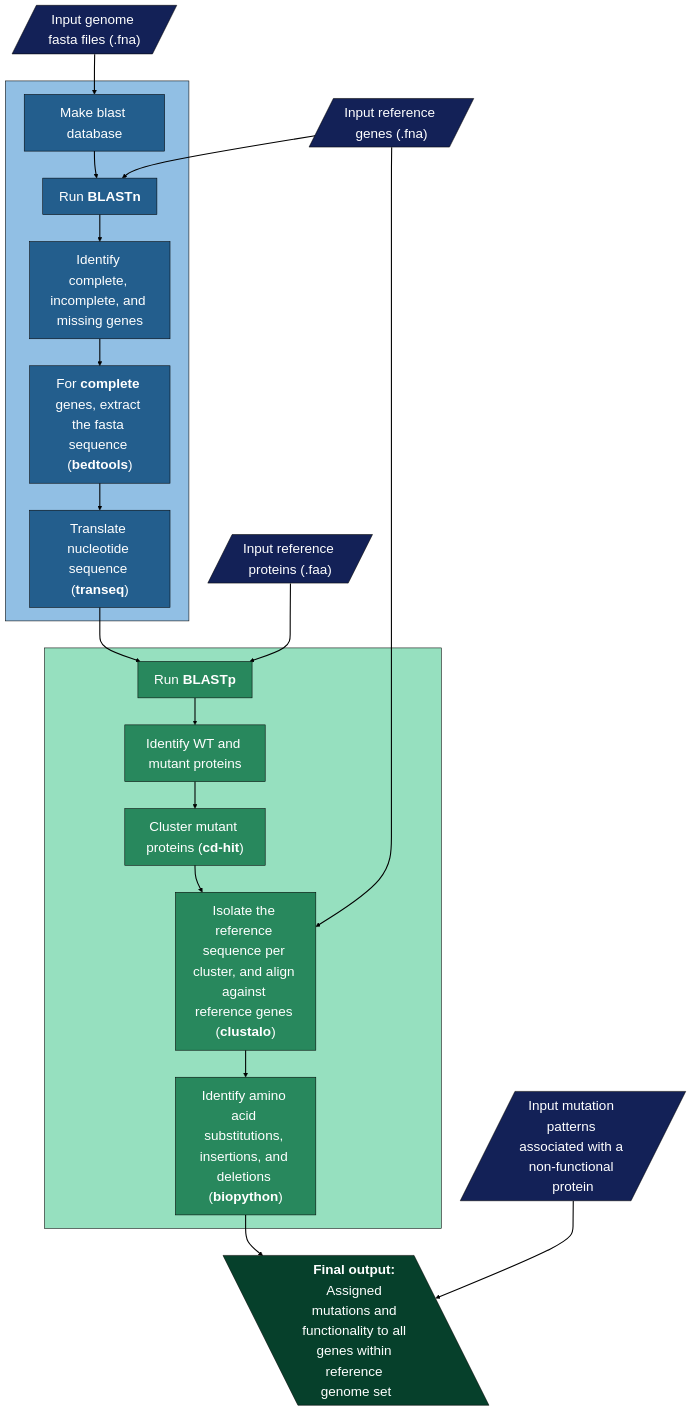
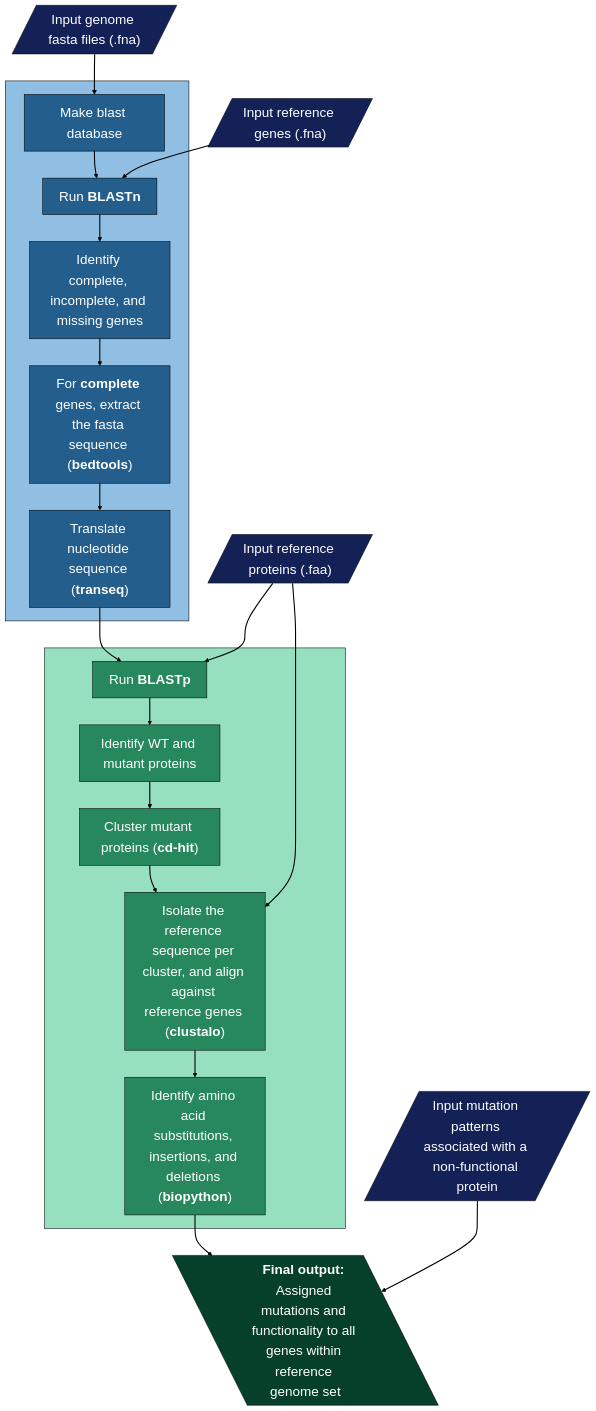
Before and after one commit to GaTechBrownLab/Mutant-Calling: the diagram in README.md, drawn with Mermaid.

````diff
--- a/README.md
+++ b/README.md
@@ -38,43 +38,43 @@
 ```mermaid
 graph TD;
     id1[/"`Input genome fasta files (.fna)`"/] ==> id1_1["`Make blast database`"];
     id3[/"`Input reference genes (.fna)`"/] ==> id2;
     subgraph nuclgraph [" "]
         id1_1 ==> id2["`Run **BLASTn**`"];
         id2 ==> id6["`Identify complete, incomplete, and missing genes`"];
         id6 ==> id7["`For **complete** genes, extract the fasta sequence (**bedtools**)`"];
         id7 ==> id8["`Translate nucleotide sequence (**transeq**)`"]; 
     end
     id4[/"`Input reference proteins (.faa)`"/] ==> id5["`Run **BLASTp**`"];
     subgraph protgraph [" "]
         id8 ==> id5;
         id5 ==> id9["`Identify WT and mutant proteins`"];
         id9 ==> id10["`Cluster mutant proteins (**cd-hit**)`"];
         id10 ==> id11["`Isolate the reference sequence per cluster, and align against reference genes (**clustalo**)`"];
         id11 ==> id12["`Identify amino acid substitutions, insertions, and deletions (**biopython**)`"]
     end
-    id3 ==> id11;
+    id4 ==> id11;
     id12 ==> id13[\"`**Final output:** Assigned mutations and functionality to all genes within reference genome set`"\]
     id14[/"`Input mutation patterns associated with a non-functional protein`"/] ==> id13
 
 	classDef nuclsteps fill:#235e8d,font-size:25px,stroke:#000000,color:#FFFFFF;
 	class id1_1,id2,id6,id7,id8 nuclsteps;
 
     classDef protsteps fill:#28885d,font-size:25px,stroke:#000000,color:#FFFFFF;
 	class id5,id9,id10,id11,id12 protsteps;
 
     classDef inputs fill:#132157,font-size:25px,stroke:#000000,color:#FFFFFF;
     class id1,id3,id4,id14 inputs;
 
     classDef output fill:#06402B,font-size:25px,stroke:#000000,color:#FFFFFF;
     class id13 output;
 
     classDef nuclgraphcol fill:#91bfe4,font-size:25px,stroke:#000000,color:#FFFFFF;
     class nuclgraph nuclgraphcol;
 
     classDef protgraphcol fill:#96e0bf,font-size:25px,stroke:#000000,color:#FFFFFF;
     class protgraph protgraphcol;
 
     linkStyle default stroke:black,stroke-width:2px;
 
 ```
````
